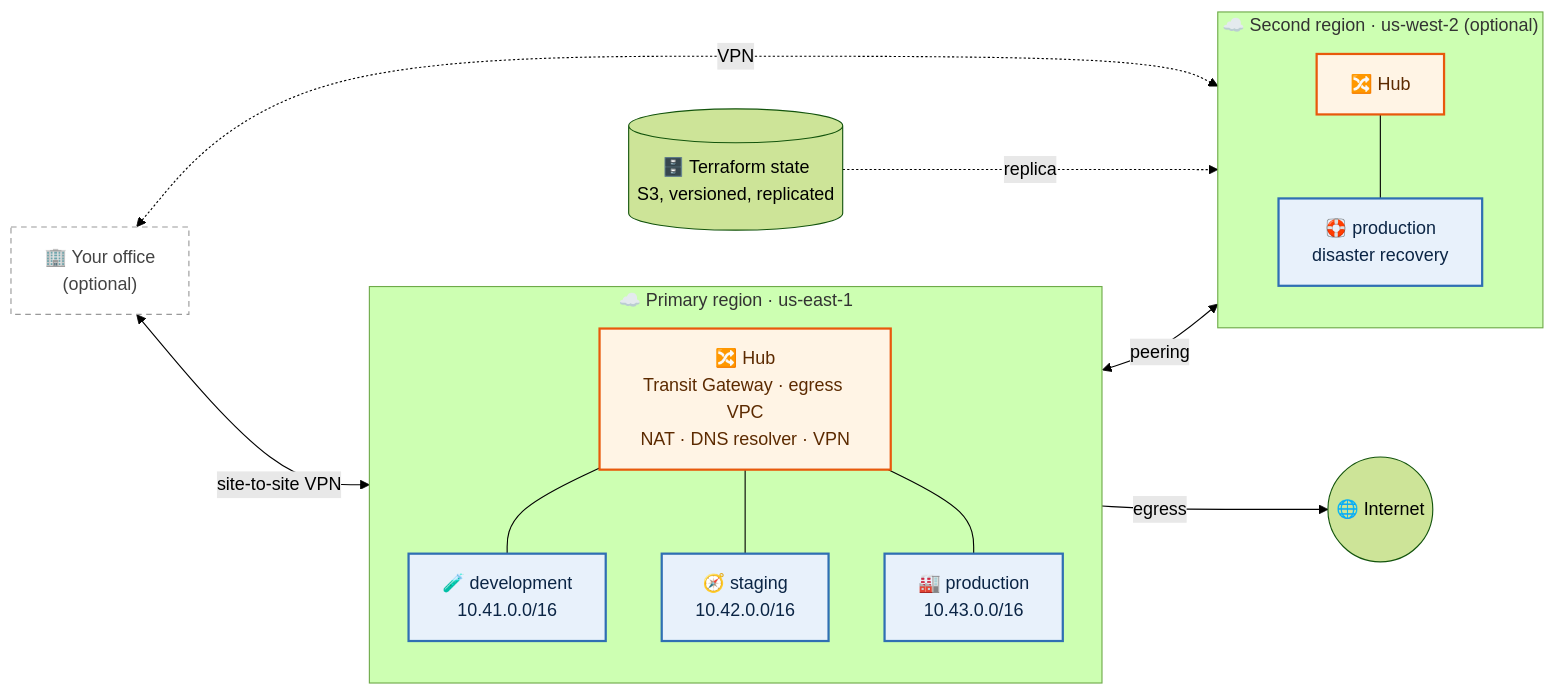
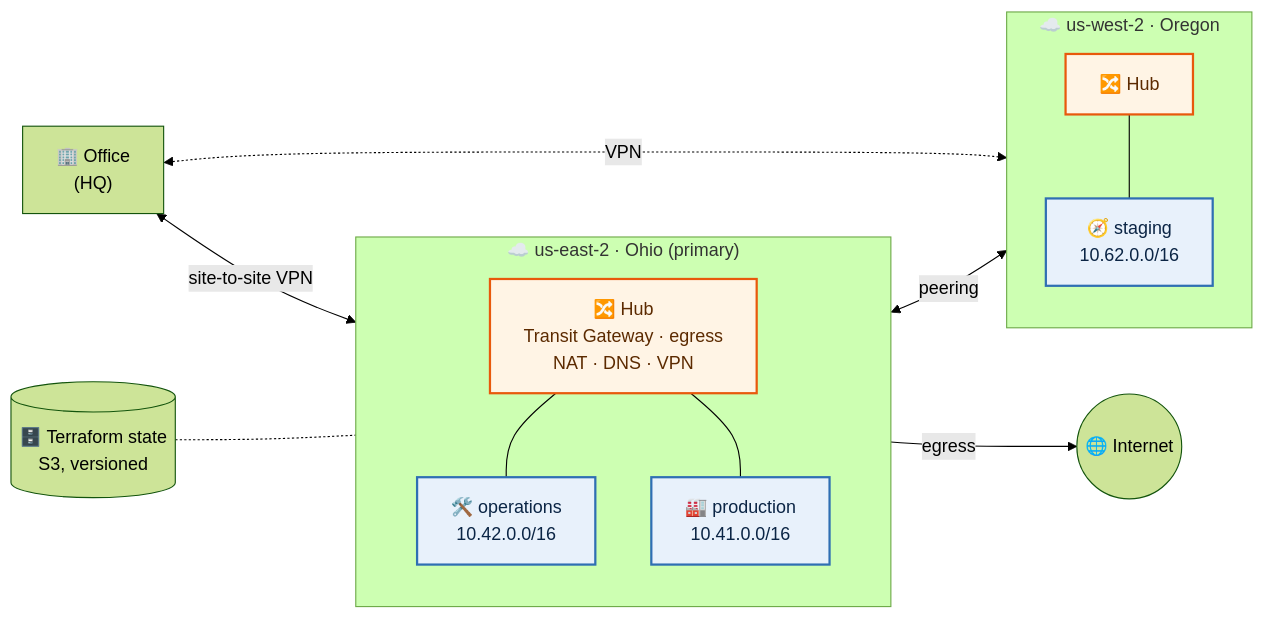
Before and after one commit to justin-samuel12/terraform-aws-scaffold: the first of 5 diagrams in README.md, drawn with Mermaid (forest theme). The commit also changed other lines of this file and 440 other files, not shown here.

````diff
--- a/README.md
+++ b/README.md
@@ -20,38 +14,34 @@
 ```mermaid
 flowchart LR
-  office["🏢 Your office<br/>(optional)"]
+  office["🏢 Office<br/>(HQ)"]
 
-  subgraph primary["☁️ Primary region · us-east-1"]
+  subgraph ohio["☁️ us-east-2 · Ohio (primary)"]
     direction TB
-    hub["🔀 Hub<br/>Transit Gateway · egress VPC<br/>NAT · DNS resolver · VPN"]
-    dev["🧪 development<br/>10.41.0.0/16"]
-    stg["🧭 staging<br/>10.42.0.0/16"]
-    prd["🏭 production<br/>10.43.0.0/16"]
-    hub --- dev
-    hub --- stg
+    hub["🔀 Hub<br/>Transit Gateway · egress<br/>NAT · DNS · VPN"]
+    ops["🛠️ operations<br/>10.42.0.0/16"]
+    prd["🏭 production<br/>10.41.0.0/16"]
+    hub --- ops
     hub --- prd
   end
 
-  subgraph second["☁️ Second region · us-west-2 (optional)"]
+  subgraph oregon["☁️ us-west-2 · Oregon"]
     direction TB
     hub2["🔀 Hub"]
-    dr["🛟 production<br/>disaster recovery"]
-    hub2 --- dr
+    stg["🧭 staging<br/>10.62.0.0/16"]
+    hub2 --- stg
   end
 
-  state[("🗄️ Terraform state<br/>S3, versioned, replicated")]
   internet(("🌐 Internet"))
+  state[("🗄️ Terraform state<br/>S3, versioned")]
 
   office <-->|site-to-site VPN| hub
   office <-.->|VPN| hub2
   hub <-->|peering| hub2
   hub -->|egress| internet
-  state -.->|replica| second
+  state -.- ohio
 
   classDef env fill:#e8f1fb,stroke:#2f6fb3,stroke-width:2px,color:#0b2545
   classDef hubs fill:#fff4e5,stroke:#e8590c,stroke-width:2px,color:#5c2a00
-  classDef opt fill:#ffffff,stroke:#999,stroke-dasharray:5 4,color:#444
-  class dev,stg,prd,dr env
+  class ops,prd,stg env
   class hub,hub2 hubs
-  class office opt
 ```
````
